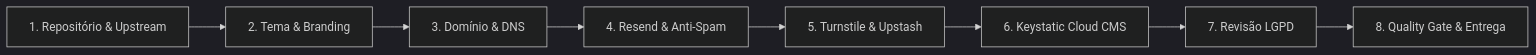
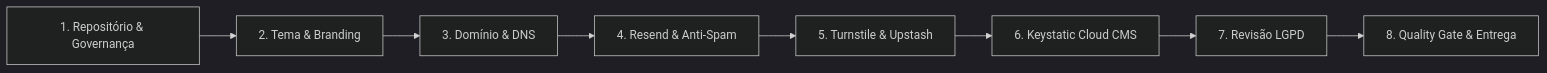
Before and after one commit to heviane/institutional-website-template: the diagram in docs/07-client-onboarding-checklist.md, drawn with Mermaid (dark theme). The commit also changed other lines of this file and 1 other file, not shown here.

````diff
--- a/docs/07-client-onboarding-checklist.md
+++ b/docs/07-client-onboarding-checklist.md
@@ -9,10 +9,10 @@
 ```mermaid
 flowchart LR
-    A["1. Repositório & Upstream"] --> B["2. Tema & Branding"]
+    A["1. Repositório & Governança"] --> B["2. Tema & Branding"]
     B --> C["3. Domínio & DNS"]
     C --> D["4. Resend & Anti-Spam"]
     D --> E["5. Turnstile & Upstash"]
     E --> F["6. Keystatic Cloud CMS"]
     F --> G["7. Revisão LGPD"]
     G --> H["8. Quality Gate & Entrega"]
 ```
````
